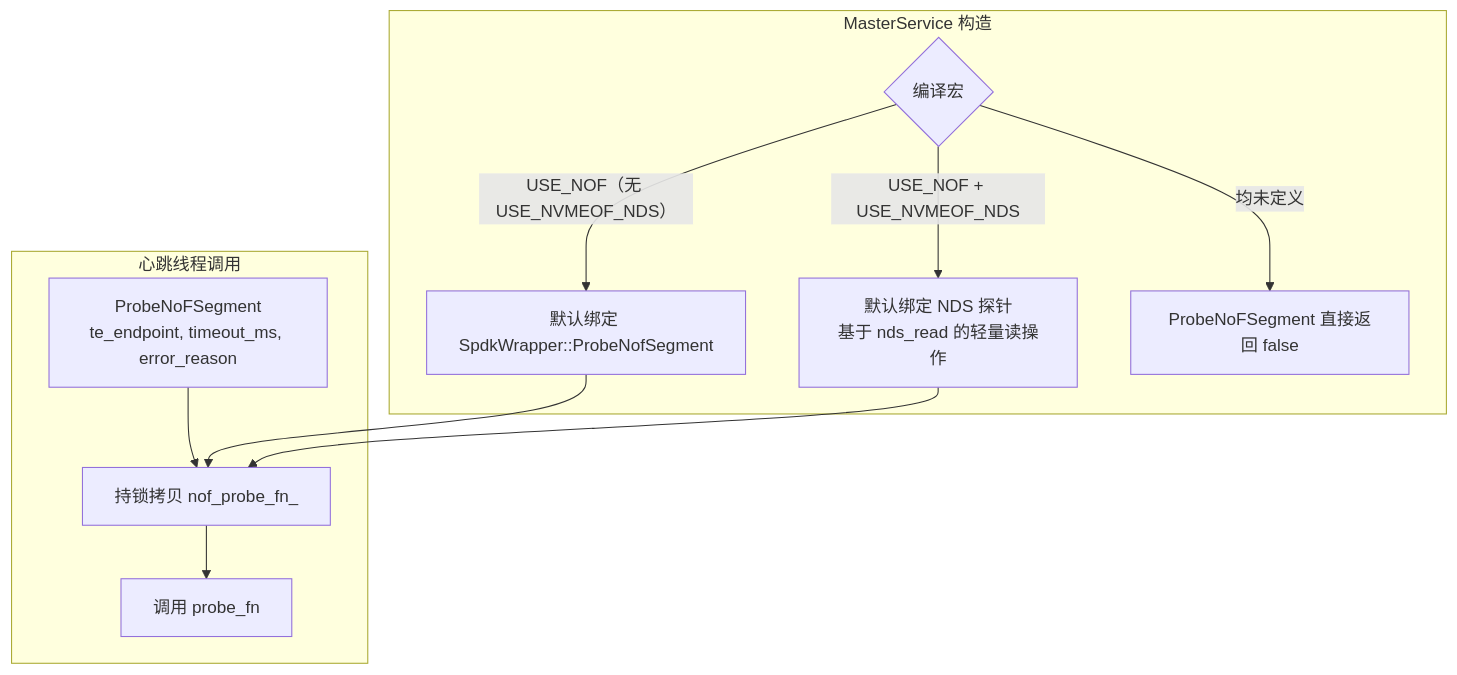
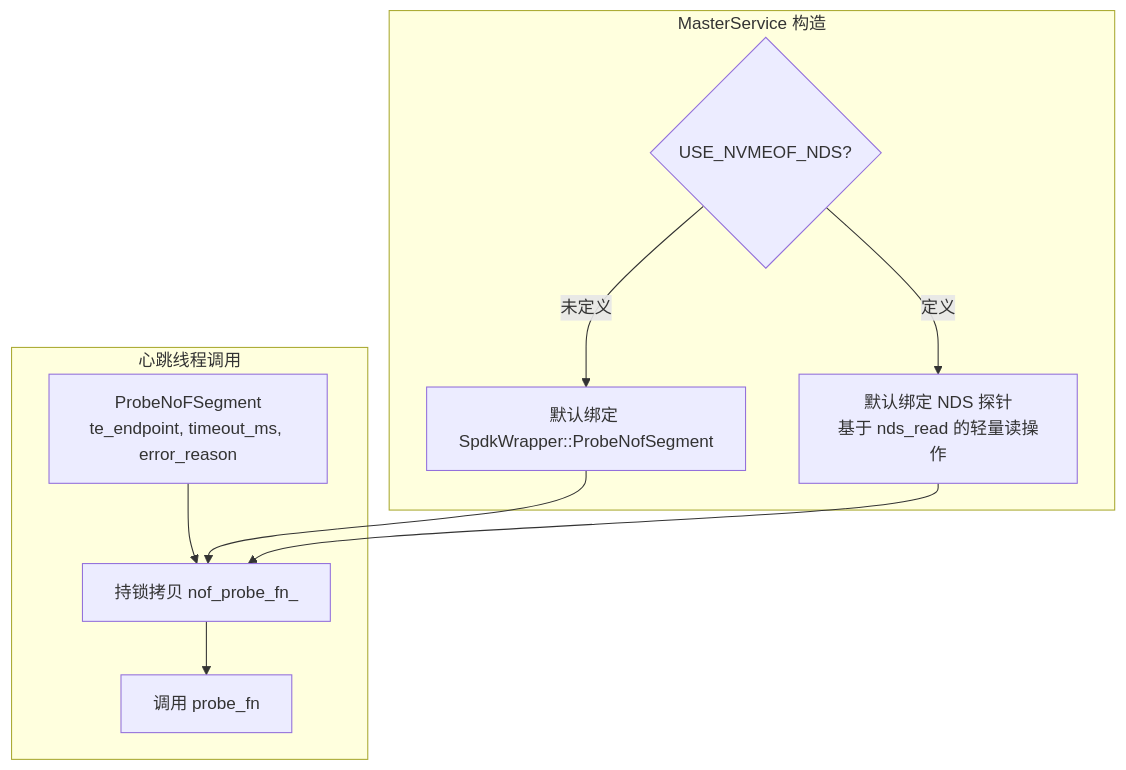
Diagram 15 of 17 in docs/rfc-nds-nvmeof-transport-cn.md (yz53665/Mooncake), drawn with Mermaid before and after one commit. The commit also changed other lines of this file, not shown here.

````diff
--- a/docs/rfc-nds-nvmeof-transport-cn.md
+++ b/docs/rfc-nds-nvmeof-transport-cn.md
@@ -690,17 +685,16 @@
 ```mermaid
 flowchart TD
     subgraph Init["MasterService 构造"]
-        A{编译宏} -->|"USE_NOF（无 USE_NVMEOF_NDS）"| B[默认绑定 SpdkWrapper::ProbeNofSegment]
-        A -->|"USE_NOF + USE_NVMEOF_NDS"| C[默认绑定 NDS 探针<br/>基于 nds_read 的轻量读操作]
-        A -->|均未定义| D[ProbeNoFSegment 直接返回 false]
+        A{USE_NVMEOF_NDS?} -->|未定义| B[默认绑定 SpdkWrapper::ProbeNofSegment]
+        A -->|定义| C[默认绑定 NDS 探针<br/>基于 nds_read 的轻量读操作]
     end
 
     subgraph Runtime["心跳线程调用"]
         E[ProbeNoFSegment<br/>te_endpoint, timeout_ms, error_reason]
         E --> F[持锁拷贝 nof_probe_fn_]
         F --> G[调用 probe_fn]
     end
 
     B --> F
     C --> F
 ```
````
